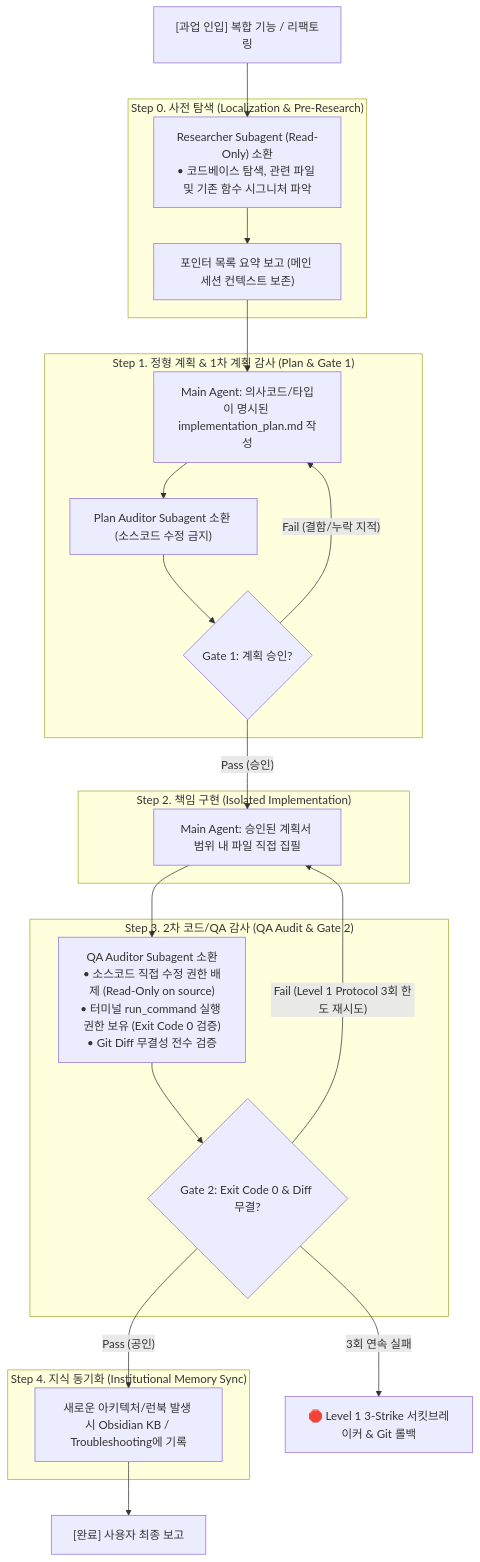
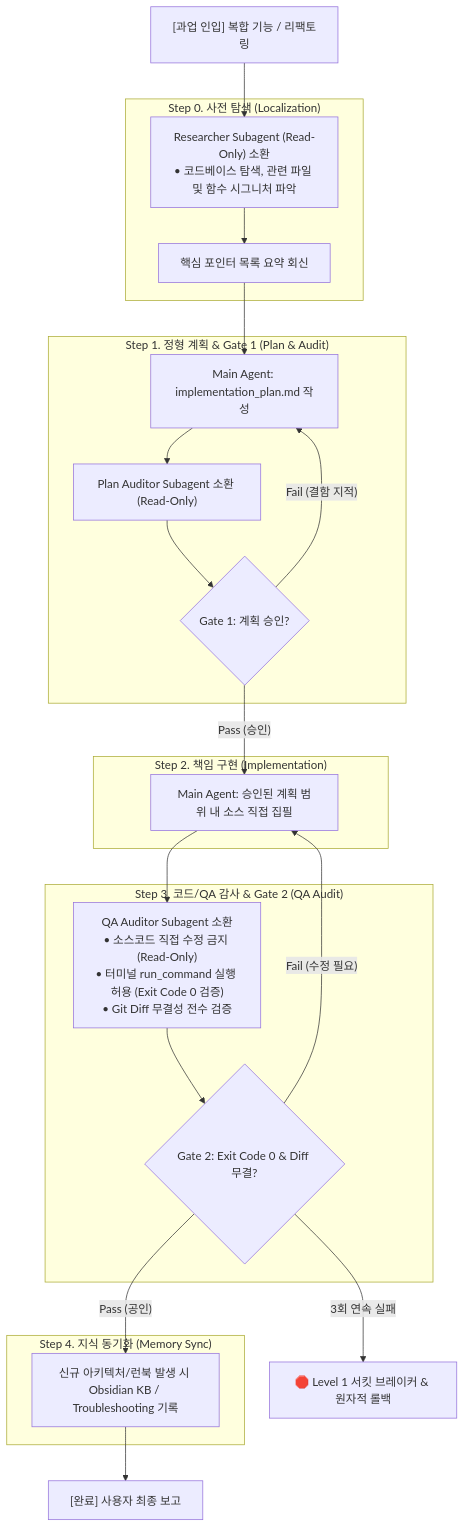
The diagram in ai_agent_refs/Agent_Collaboration_Workflow_Guidelines.md (jin20203458/Obsidian.Agent), drawn with Mermaid before and after one commit. The commit also changed other lines of this file and 1 other file, not shown here.

````diff
--- a/ai_agent_refs/Agent_Collaboration_Workflow_Guidelines.md
+++ b/ai_agent_refs/Agent_Collaboration_Workflow_Guidelines.md
@@ -79,41 +40,41 @@
 ```mermaid
 flowchart TD
     Task["[과업 인입] 복합 기능 / 리팩토링"]
 
-    subgraph Step0 ["Step 0. 사전 탐색 (Localization & Pre-Research)"]
-        S0_Worker["Researcher Subagent (Read-Only) 소환<br>• 코드베이스 탐색, 관련 파일 및 기존 함수 시그니처 파악"]
-        S0_Report["포인터 목록 요약 보고 (메인 세션 컨텍스트 보존)"]
+    subgraph Step0 ["Step 0. 사전 탐색 (Localization)"]
+        S0_Worker["Researcher Subagent (Read-Only) 소환<br>• 코드베이스 탐색, 관련 파일 및 함수 시그니처 파악"]
+        S0_Report["핵심 포인터 목록 요약 회신"]
         S0_Worker --> S0_Report
     end
 
-    subgraph Step1 ["Step 1. 정형 계획 & 1차 계획 감사 (Plan & Gate 1)"]
-        S1_Plan["Main Agent: 의사코드/타입이 명시된 implementation_plan.md 작성"]
-        S1_Audit["Plan Auditor Subagent 소환 (소스코드 수정 금지)"]
+    subgraph Step1 ["Step 1. 정형 계획 & Gate 1 (Plan & Audit)"]
+        S1_Plan["Main Agent: implementation_plan.md 작성"]
+        S1_Audit["Plan Auditor Subagent 소환 (Read-Only)"]
         G1{"Gate 1: 계획 승인?"}
         S1_Plan --> S1_Audit --> G1
     end
 
-    subgraph Step2 ["Step 2. 책임 구현 (Isolated Implementation)"]
-        S2_Code["Main Agent: 승인된 계획서 범위 내 파일 직접 집필"]
+    subgraph Step2 ["Step 2. 책임 구현 (Implementation)"]
+        S2_Code["Main Agent: 승인된 계획 범위 내 소스 직접 집필"]
     end
 
-    subgraph Step3 ["Step 3. 2차 코드/QA 감사 (QA Audit & Gate 2)"]
-        S3_QA["QA Auditor Subagent 소환<br>• 소스코드 직접 수정 권한 배제 (Read-Only on source)<br>• 터미널 run_command 실행 권한 보유 (Exit Code 0 검증)<br>• Git Diff 무결성 전수 검증"]
+    subgraph Step3 ["Step 3. 코드/QA 감사 & Gate 2 (QA Audit)"]
+        S3_QA["QA Auditor Subagent 소환<br>• 소스코드 직접 수정 금지 (Read-Only)<br>• 터미널 run_command 실행 허용 (Exit Code 0 검증)<br>• Git Diff 무결성 전수 검증"]
         G2{"Gate 2: Exit Code 0 & Diff 무결?"}
         S3_QA --> G2
     end
 
-    subgraph Step4 ["Step 4. 지식 동기화 (Institutional Memory Sync)"]
-        S4_Log["새로운 아키텍처/런북 발생 시 Obsidian KB / Troubleshooting에 기록"]
+    subgraph Step4 ["Step 4. 지식 동기화 (Memory Sync)"]
+        S4_Log["신규 아키텍처/런북 발생 시 Obsidian KB / Troubleshooting 기록"]
     end
 
     Task --> S0_Worker
     S0_Report --> S1_Plan
-    G1 -- "Fail (결함/누락 지적)" --> S1_Plan
+    G1 -- "Fail (결함 지적)" --> S1_Plan
     G1 -- "Pass (승인)" --> S2_Code
     S2_Code --> S3_QA
-    G2 -- "Fail (Level 1 Protocol 3회 한도 재시도)" --> S2_Code
-    G2 -- "3회 연속 실패" --> Rollback["🛑 Level 1 3-Strike 서킷브레이커 & Git 롤백"]
+    G2 -- "Fail (수정 필요)" --> S2_Code
+    G2 -- "3회 연속 실패" --> Rollback["🛑 Level 1 서킷 브레이커 & 원자적 롤백"]
     G2 -- "Pass (공인)" --> S4_Log
     S4_Log --> Done["[완료] 사용자 최종 보고"]
 ```
````
